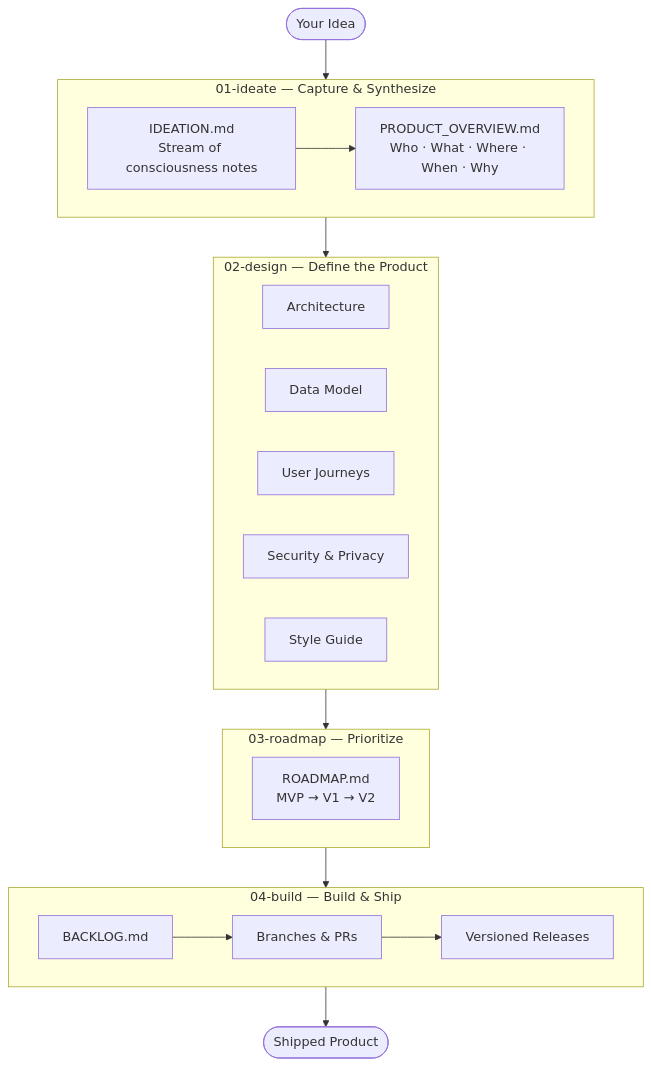
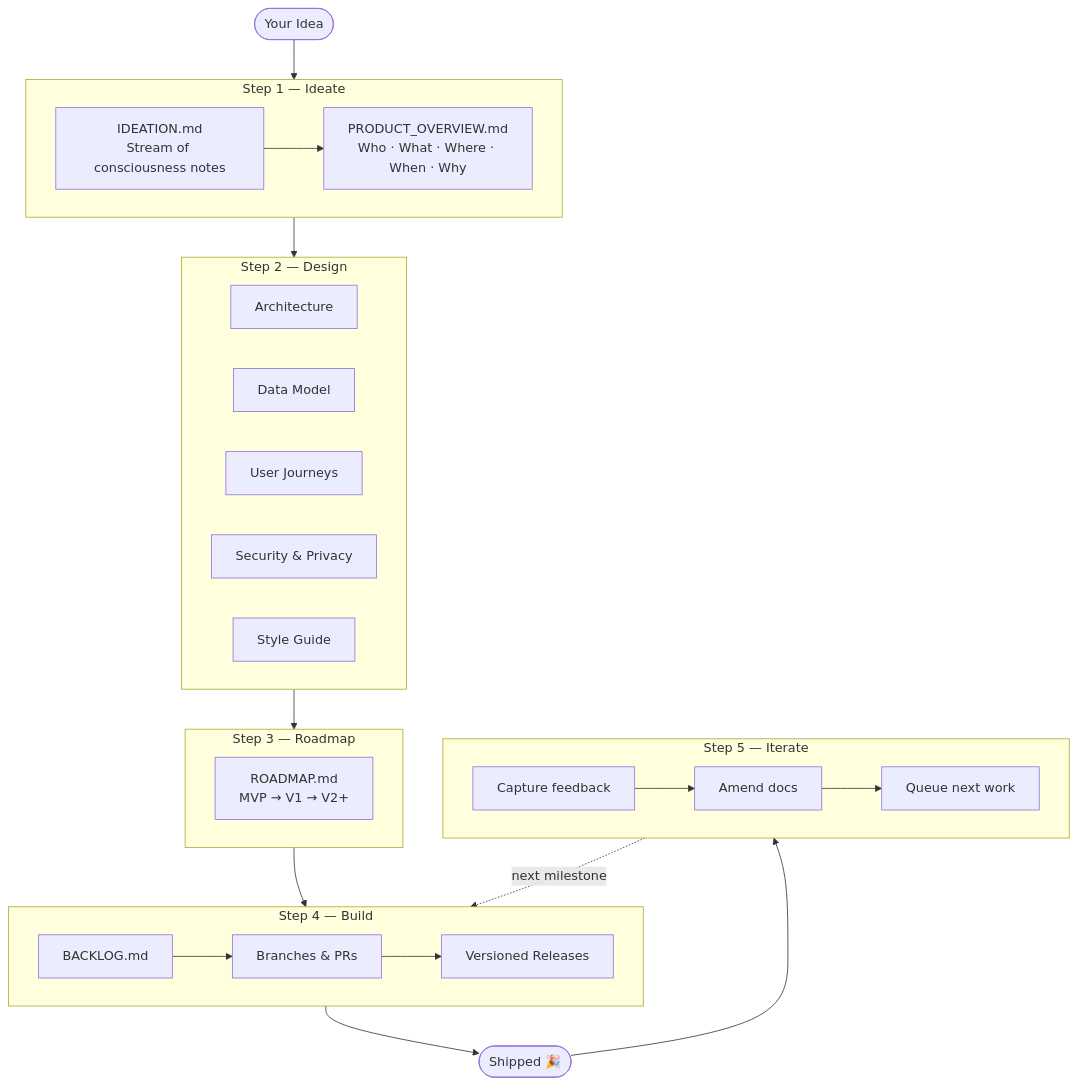
The diagram in README.md (empathetech/hacky-hours-docs), drawn with Mermaid before and after one commit. The commit also changed other lines of this file and 37 other files, not shown here.

````diff
--- a/README.md
+++ b/README.md
@@ -30,28 +30,35 @@
 ```mermaid
 flowchart TD
-    A([Your Idea]) --> L1
+    A([Your Idea]) --> S1
 
-    subgraph L1 ["01-ideate — Capture & Synthesize"]
+    subgraph S1 ["Step 1 — Ideate"]
         B["IDEATION.md\nStream of consciousness notes"] --> C["PRODUCT_OVERVIEW.md\nWho · What · Where · When · Why"]
     end
 
-    L1 --> L2
+    S1 --> S2
 
-    subgraph L2 ["02-design — Define the Product"]
+    subgraph S2 ["Step 2 — Design"]
         D[Architecture] & E[Data Model] & F[User Journeys] & G[Security & Privacy] & H[Style Guide]
     end
 
-    L2 --> L3
+    S2 --> S3
 
-    subgraph L3 ["03-roadmap — Prioritize"]
-        I["ROADMAP.md\nMVP → V1 → V2"]
+    subgraph S3 ["Step 3 — Roadmap"]
+        I["ROADMAP.md\nMVP → V1 → V2+"]
     end
 
-    L3 --> L4
+    S3 --> S4
 
-    subgraph L4 ["04-build — Build & Ship"]
+    subgraph S4 ["Step 4 — Build"]
         J[BACKLOG.md] --> K[Branches & PRs] --> L[Versioned Releases]
     end
 
-    L4 --> M([Shipped Product])
+    S4 --> M([Shipped 🎉])
+    M --> S5
+
+    subgraph S5 ["Step 5 — Iterate"]
+        N[Capture feedback] --> O[Amend docs] --> P[Queue next work]
+    end
+
+    S5 -.->|next milestone| S4
 ```
````
